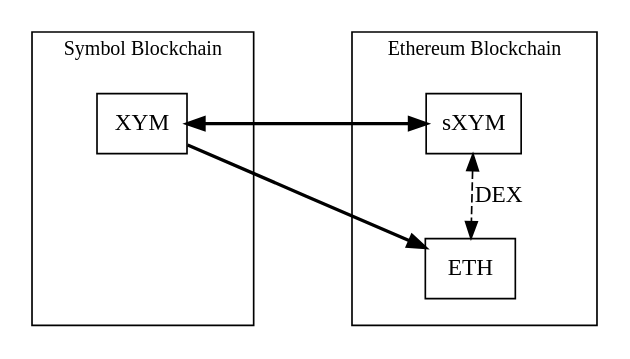
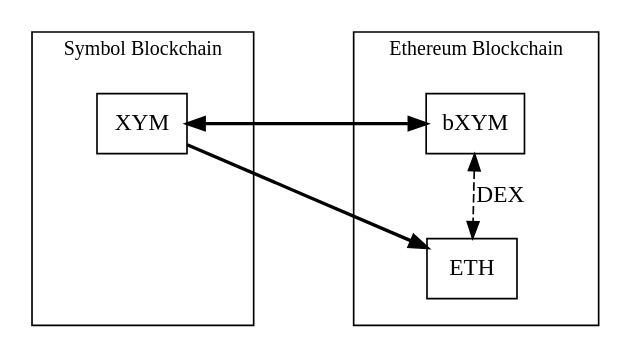
The first of 3 diagrams in mkdocs/pages/en/textbook/bridge.md (symbol/symbol), drawn with Graphviz before and after one commit. The commit also changed other lines of this file and 1 other file, not shown here.

````diff
--- a/mkdocs/pages/en/textbook/bridge.md
+++ b/mkdocs/pages/en/textbook/bridge.md
@@ -18,41 +18,41 @@
 ```dot
 digraph BridgeTokens {
     rankdir="TB";
     newrank=true;
     node [shape=rect];
     fontsize=12;
 
     subgraph clusterSymbol {
         label="Symbol Blockchain";
         tooltip="Symbol Blockchain";
 
         subgraph clusterSymbolInner {
             label="";
             tooltip="Symbol Blockchain";
             style=invis;
-            xym [label="XYM" tooltip="XYM"];
+            XYM [label="XYM" tooltip="XYM"];
             dummy1 [style=invis label="XYM"];
 
-            xym->dummy1 [style=invis];
+            XYM->dummy1 [style=invis];
         }
     }
 
     subgraph clusterEthereum {
         label="Ethereum Blockchain";
         tooltip="Ethereum Blockchain";
 
         subgraph clusterEthereumInner {
             label="";
             tooltip="Ethereum Blockchain";
             style=invis;
-            eth [label="ETH" tooltip="ETH"];
-            sxym [label="sXYM" tooltip="Staked XYM"];
+            ETH [label="ETH" tooltip="ETH"];
+            bXYM [label="bXYM" tooltip="Bridged XYM"];
 
-            sxym->eth [dir=both label="DEX" labeltooltip="Decentralized Exchange" style=dashed class=disabled];
+            bXYM->ETH [dir=both label="DEX" labeltooltip="Decentralized Exchange" style=dashed class=disabled];
         }
     }
 
-    xym -> eth [constraint=false penwidth=2];
-    xym -> sxym [dir=both constraint=false penwidth=2 minlen=4];
+    XYM -> ETH [constraint=false penwidth=2];
+    XYM -> bXYM [dir=both constraint=false penwidth=2 minlen=4];
 }
 ```
````
